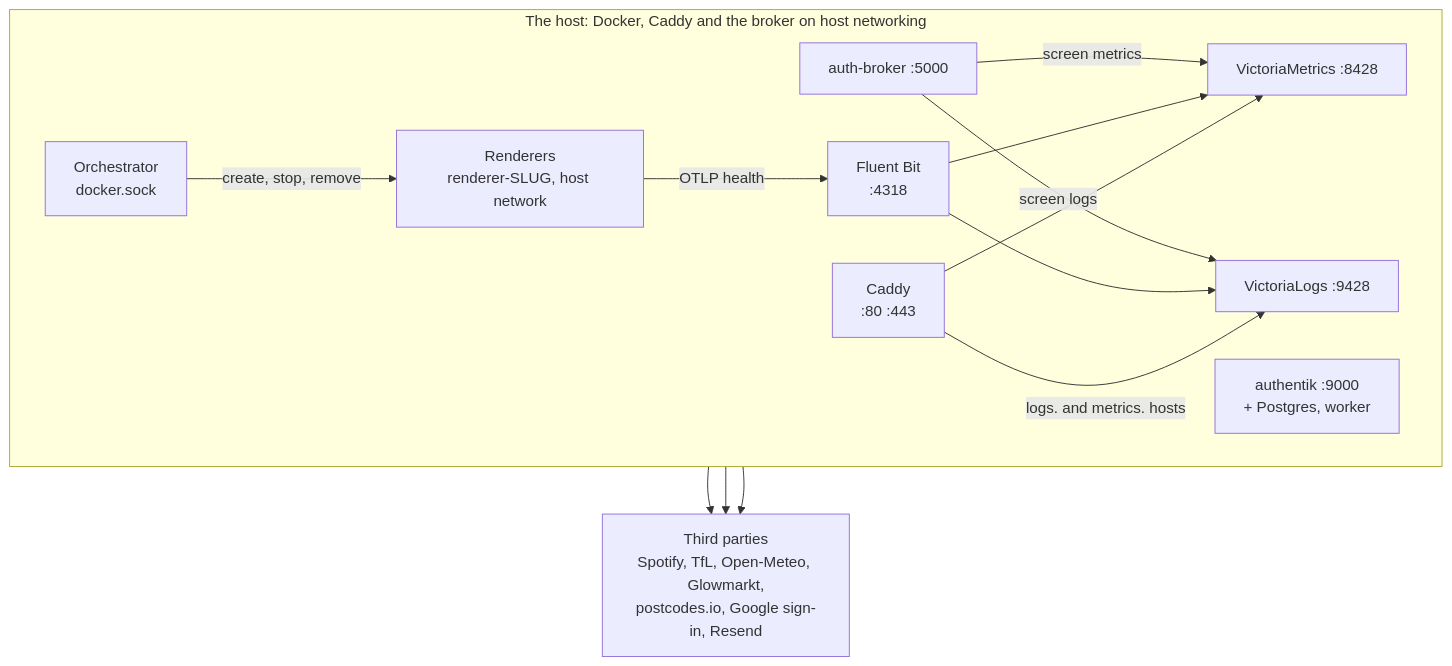
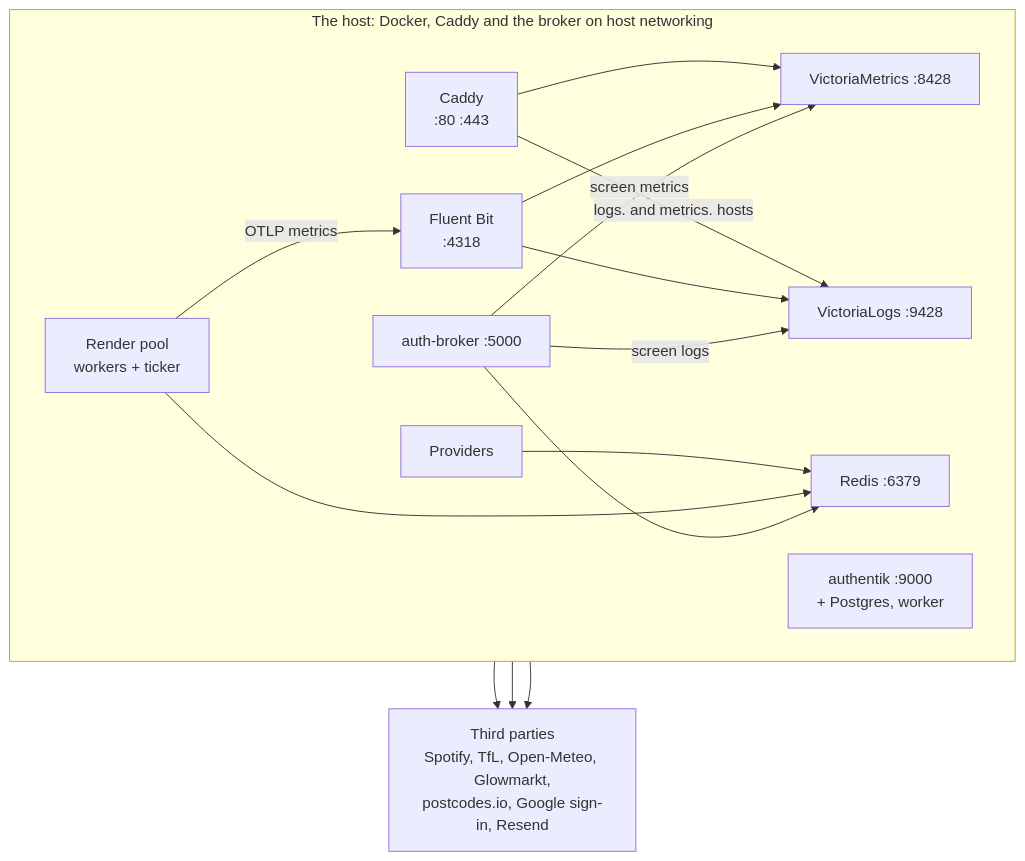
Before and after one commit to nvorkinn/auth-broker: the second of 9 diagrams in docs/architecture.md, drawn with Mermaid. The commit also changed other lines of this file and 59 other files, not shown here.

````diff
--- a/docs/architecture.md
+++ b/docs/architecture.md
@@ -61,27 +61,30 @@
 ```mermaid
 flowchart TB
     subgraph Host["The host: Docker, Caddy and the broker on host networking"]
         direction LR
         CD["Caddy<br/>:80 :443"]
         BR["auth-broker :5000"]
         AK["authentik :9000<br/>+ Postgres, worker"]
-        OR["Orchestrator<br/>docker.sock"]
-        RN["Renderers<br/>renderer-SLUG, host network"]
+        RD["Redis :6379"]
+        RP["Render pool<br/>workers + ticker"]
+        PR["Providers"]
         FB["Fluent Bit<br/>:4318"]
         VL["VictoriaLogs :9428"]
         VM["VictoriaMetrics :8428"]
     end
     TP["Third parties<br/>Spotify, TfL, Open-Meteo, Glowmarkt,<br/>postcodes.io, Google sign-in, Resend"]
 
     BR -- "screen metrics" --> VM
     BR -- "screen logs" --> VL
-    RN -- "OTLP health" --> FB
+    RP -- "OTLP metrics" --> FB
     FB --> VL
     FB --> VM
     CD -- "logs. and metrics. hosts" --> VL
     CD --> VM
-    OR -- "create, stop, remove" --> RN
-    RN --> TP
+    BR --> RD
+    RP --> RD
+    PR --> RD
+    PR --> TP
     BR --> TP
     AK --> TP
 ```
````
